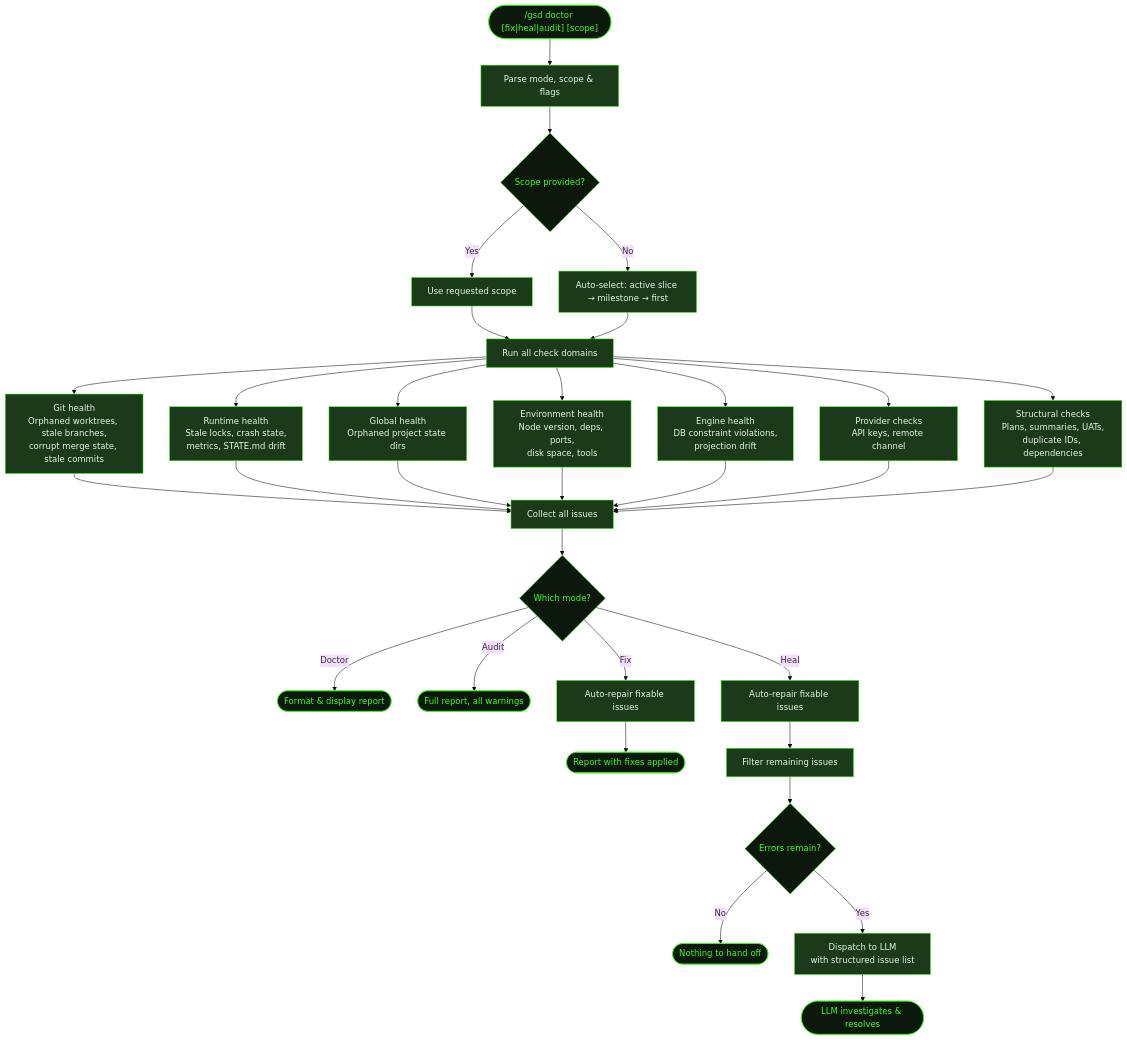
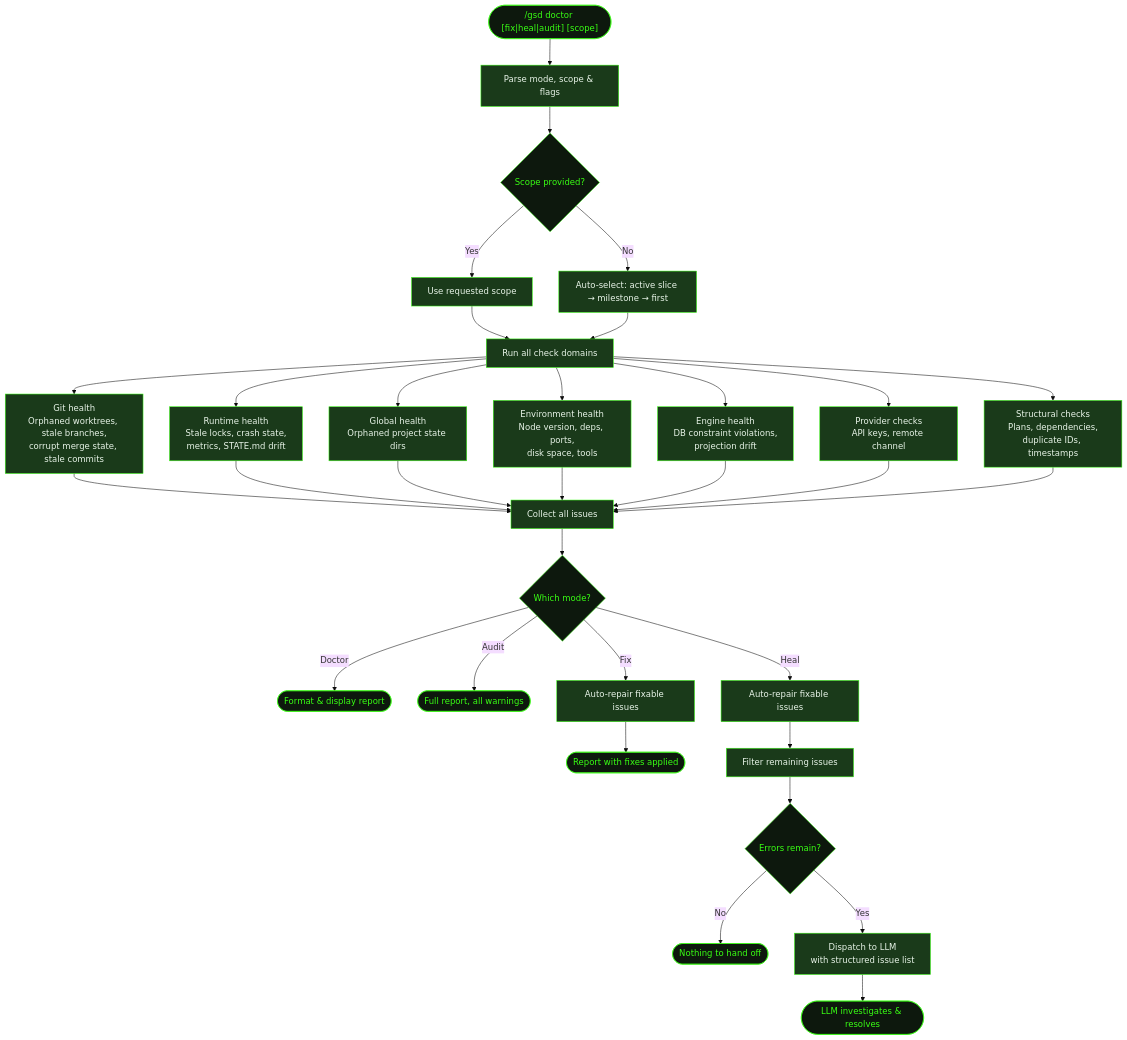
One commit to shusha-group/gsd2-guide changed the diagram in src/content/docs/commands/doctor.mdx. Above: the diagram before and after it, drawn with Mermaid (base theme). The commit also changed other lines of this file and 202 other files, not shown here.

````diff
--- a/src/content/docs/commands/doctor.mdx
+++ b/src/content/docs/commands/doctor.mdx
@@ -44,63 +45,63 @@
 ```mermaid
 flowchart TD
     Start(["/gsd doctor [fix|heal|audit] [scope]"]) --> Parse[Parse mode, scope & flags]
     Parse --> Scope{Scope provided?}
     Scope -->|Yes| Use[Use requested scope]
     Scope -->|No| Auto[Auto-select: active slice → milestone → first]
     Use --> Scan
     Auto --> Scan
 
     Scan[Run all check domains] --> Git[Git health<br/>Orphaned worktrees, stale branches,<br/>corrupt merge state, stale commits]
     Scan --> Runtime[Runtime health<br/>Stale locks, crash state,<br/>metrics, STATE.md drift]
     Scan --> Global[Global health<br/>Orphaned project state dirs]
     Scan --> Env[Environment health<br/>Node version, deps, ports,<br/>disk space, tools]
     Scan --> Engine[Engine health<br/>DB constraint violations,<br/>projection drift]
     Scan --> Provider[Provider checks<br/>API keys, remote channel]
-    Scan --> Struct[Structural checks<br/>Plans, summaries, UATs,<br/>duplicate IDs, dependencies]
+    Scan --> Struct[Structural checks<br/>Plans, dependencies,<br/>duplicate IDs, timestamps]
 
     Git --> Collect[Collect all issues]
     Runtime --> Collect
     Global --> Collect
     Env --> Collect
     Engine --> Collect
     Provider --> Collect
     Struct --> Collect
 
     Collect --> Mode{Which mode?}
     Mode -->|Doctor| Report([Format & display report])
     Mode -->|Audit| Audit([Full report, all warnings])
     Mode -->|Fix| Fix[Auto-repair fixable issues]
     Fix --> Report2([Report with fixes applied])
     Mode -->|Heal| Fix2[Auto-repair fixable issues]
     Fix2 --> Filter[Filter remaining issues]
     Filter --> HasErrors{Errors remain?}
     HasErrors -->|No| Done([Nothing to hand off])
     HasErrors -->|Yes| Dispatch[Dispatch to LLM<br/>with structured issue list]
     Dispatch --> LLM([LLM investigates & resolves])
 
     style Start fill:#0d180d,stroke:#39ff14,color:#39ff14
     style Scope fill:#0d180d,stroke:#39ff14,color:#39ff14
     style Mode fill:#0d180d,stroke:#39ff14,color:#39ff14
     style HasErrors fill:#0d180d,stroke:#39ff14,color:#39ff14
     style Parse fill:#1a3a1a,stroke:#39ff14,color:#e8f4e8
     style Use fill:#1a3a1a,stroke:#39ff14,color:#e8f4e8
     style Auto fill:#1a3a1a,stroke:#39ff14,color:#e8f4e8
     style Scan fill:#1a3a1a,stroke:#39ff14,color:#e8f4e8
     style Git fill:#1a3a1a,stroke:#39ff14,color:#e8f4e8
     style Runtime fill:#1a3a1a,stroke:#39ff14,color:#e8f4e8
     style Global fill:#1a3a1a,stroke:#39ff14,color:#e8f4e8
     style Env fill:#1a3a1a,stroke:#39ff14,color:#e8f4e8
     style Engine fill:#1a3a1a,stroke:#39ff14,color:#e8f4e8
     style Provider fill:#1a3a1a,stroke:#39ff14,color:#e8f4e8
     style Struct fill:#1a3a1a,stroke:#39ff14,color:#e8f4e8
     style Collect fill:#1a3a1a,stroke:#39ff14,color:#e8f4e8
     style Fix fill:#1a3a1a,stroke:#39ff14,color:#e8f4e8
     style Fix2 fill:#1a3a1a,stroke:#39ff14,color:#e8f4e8
     style Filter fill:#1a3a1a,stroke:#39ff14,color:#e8f4e8
     style Dispatch fill:#1a3a1a,stroke:#39ff14,color:#e8f4e8
     style Report fill:#0d180d,stroke:#39ff14,color:#39ff14
     style Audit fill:#0d180d,stroke:#39ff14,color:#39ff14
     style Report2 fill:#0d180d,stroke:#39ff14,color:#39ff14
     style Done fill:#0d180d,stroke:#39ff14,color:#39ff14
     style LLM fill:#0d180d,stroke:#39ff14,color:#39ff14
 ```
````
